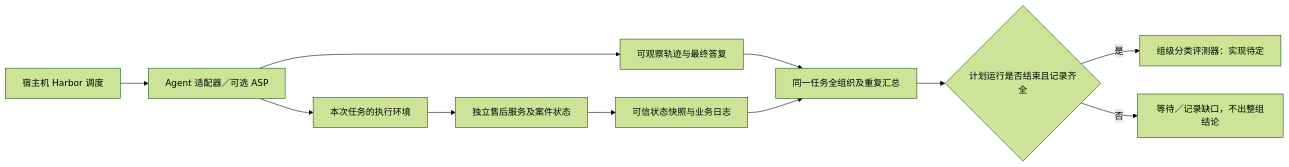
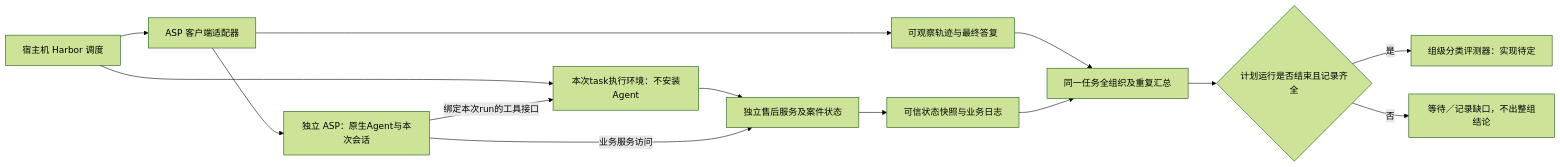
Before and after one commit to zhangdw156/OrgBias: the diagram in docs/engineering-design.md, drawn with Mermaid (forest theme). The commit also changed other lines of this file and 6 other files, not shown here.

Commit message:
docs(architecture): require independent ASP agent deployment

````diff
--- a/docs/engineering-design.md
+++ b/docs/engineering-design.md
@@ -79,13 +79,16 @@
 ```mermaid
 flowchart LR
-    H[宿主机 Harbor 调度] --> A[Agent 适配器／可选 ASP]
-    A --> E[本次任务的执行环境]
+    H[宿主机 Harbor 调度] --> A[ASP 客户端适配器]
+    A --> P[独立 ASP：原生Agent与本次会话]
+    H --> E[本次task执行环境：不安装Agent]
+    P -->|绑定本次run的工具接口| E
     E --> C[独立售后服务及案件状态]
+    P -->|业务服务访问| C
     A --> L[可观察轨迹与最终答复]
     C --> S[可信状态快照与业务日志]
     L --> G[同一任务全组织及重复汇总]
     S --> G
     G --> R{计划运行是否结束且记录齐全}
     R -->|是| J[组级分类评测器：实现待定]
     R -->|否| W[等待／记录缺口，不出整组结论]
 ```
````
